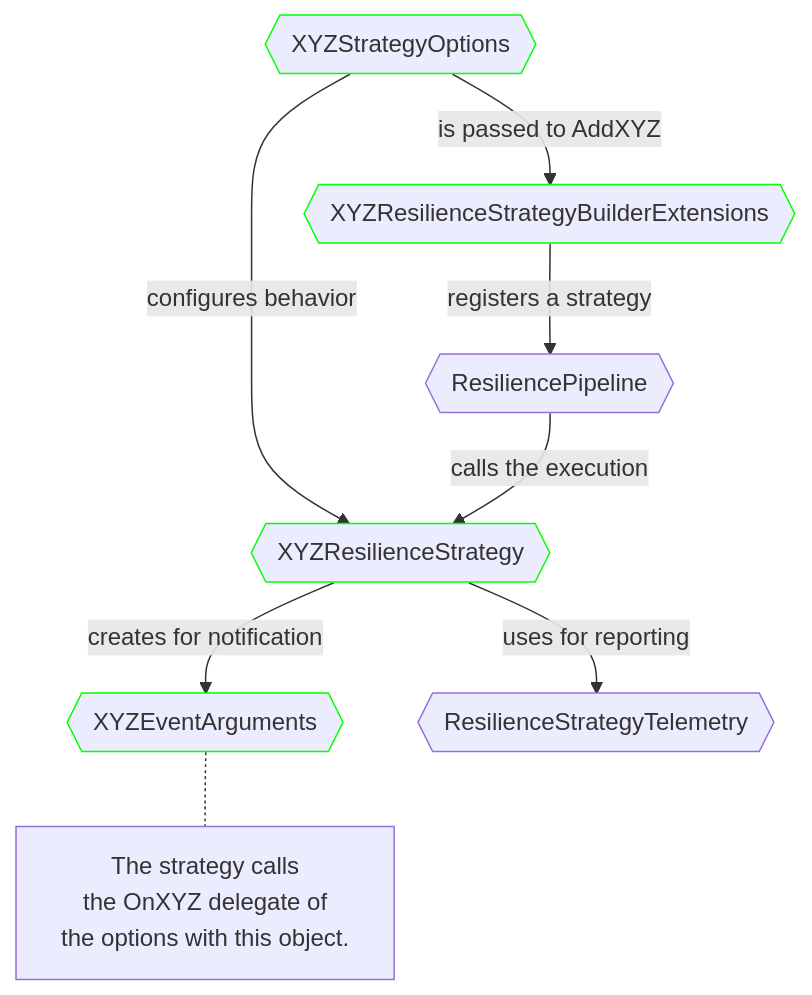
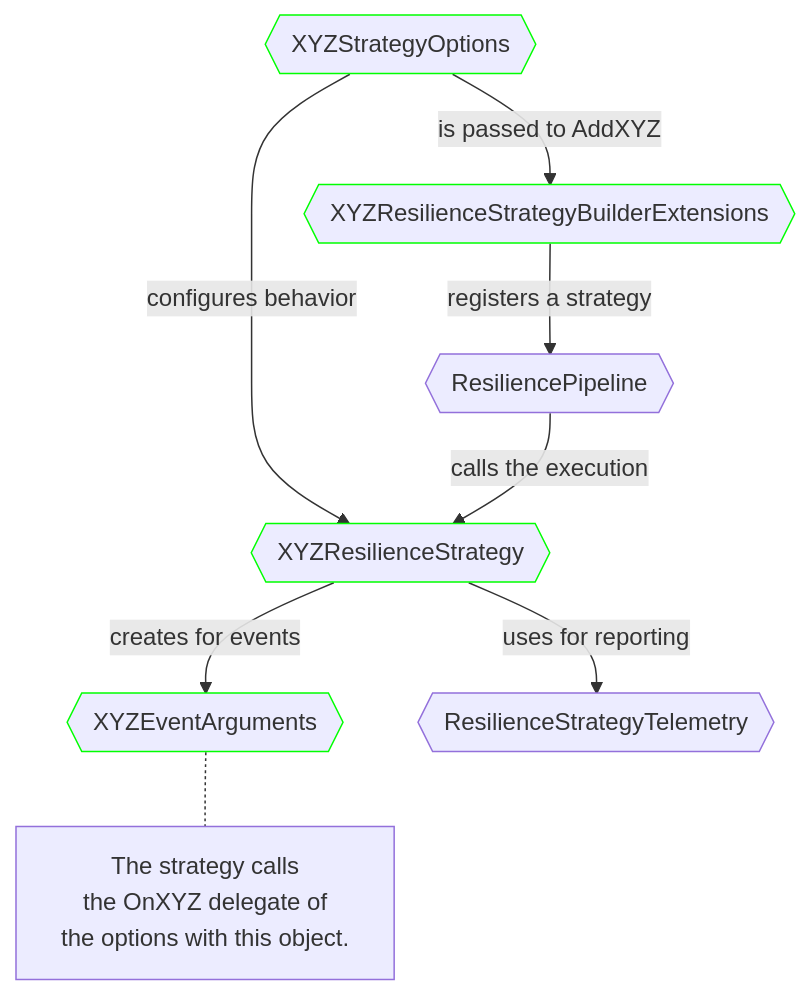
One commit to App-vNext/Polly changed the diagram in docs/extensibility/index.md. Above: the diagram before and after it, drawn with Mermaid. The commit also changed other lines of this file, not shown here.

Commit message:
Apply suggestions from code review

````diff
--- a/docs/extensibility/index.md
+++ b/docs/extensibility/index.md
@@ -29,30 +29,30 @@
 ```mermaid
 flowchart
     options{{XYZStrategyOptions}}
     style options stroke:#0f0
 
     builder{{XYZResilienceStrategyBuilderExtensions}}
     style builder stroke:#0f0
 
     strategy{{XYZResilienceStrategy}}
     style strategy stroke:#0f0
 
     args{{XYZEventArguments}}
     style args stroke:#0f0
 
     telemetry{{ResilienceStrategyTelemetry}}
     pipeline{{ResiliencePipeline}}
 
     options -- is passed to AddXYZ  --> builder
     builder -- registers a strategy --> pipeline
-    options -- configures behavior--> strategy
+    options -- configures behavior --> strategy
 
     pipeline -- calls the execution --> strategy
 
-    strategy -- creates for notification --> args
+    strategy -- creates for events --> args
     strategy -- uses for reporting --> telemetry
 
     %% a workaround to add note (currently only sequence diagram supports notes)
     %% https://github.com/mermaid-js/mermaid/issues/821
     args -.- note[The strategy calls<br/>the OnXYZ delegate of<br/> the options with this object.]
 ```
````
